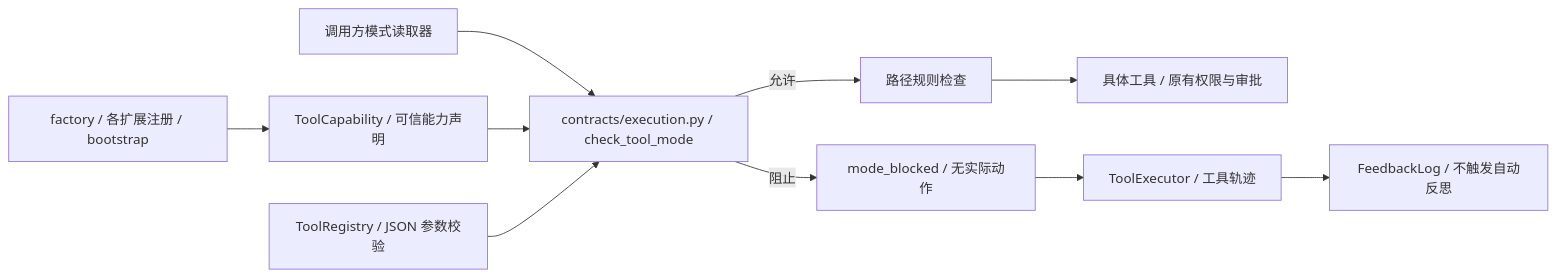
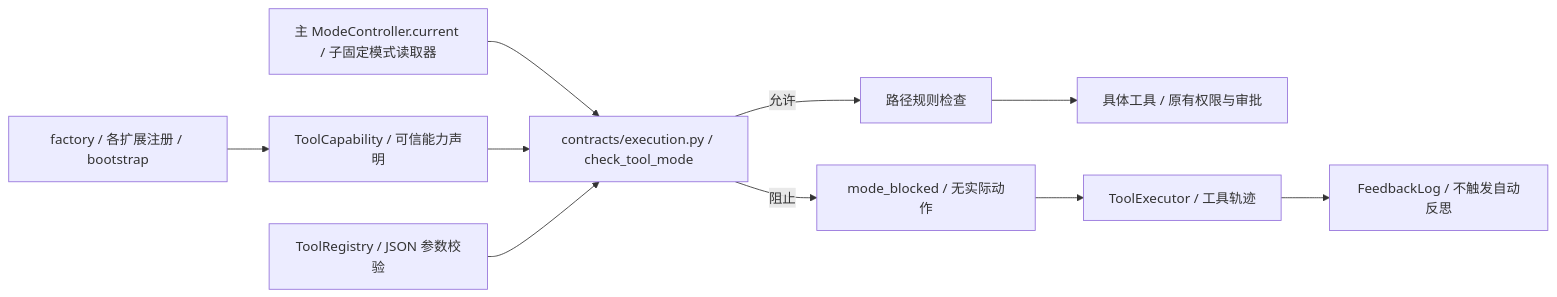
One commit to Plvltra/AdamAgent changed the first of 16 diagrams in docs/architecture.md. Above: the diagram before and after it, drawn with Mermaid. The commit also changed other lines of this file and 27 other files, not shown here.

```diff
--- a/docs/architecture.md
+++ b/docs/architecture.md
@@ -13,12 +13,12 @@
 ~~~mermaid
 flowchart LR
     MODE_REG["factory / 各扩展注册 / bootstrap"] --> CAPABILITY["ToolCapability / 可信能力声明"]
-    MODE_SOURCE["调用方模式读取器"] --> MODE_POLICY["contracts/execution.py / check_tool_mode"]
+    MODE_SOURCE["主 ModeController.current / 子固定模式读取器"] --> MODE_POLICY["contracts/execution.py / check_tool_mode"]
     CAPABILITY --> MODE_POLICY
     MODE_EXEC["ToolRegistry / JSON 参数校验"] --> MODE_POLICY
     MODE_POLICY -->|允许| RULE_GUARD["路径规则检查"]
     RULE_GUARD --> MODE_ACTION["具体工具 / 原有权限与审批"]
     MODE_POLICY -->|阻止| MODE_RESULT["mode_blocked / 无实际动作"]
     MODE_RESULT --> MODE_LOG["ToolExecutor / 工具轨迹"]
     MODE_LOG --> FEEDBACK_FILTER["FeedbackLog / 不触发自动反思"]
 ~~~
```
